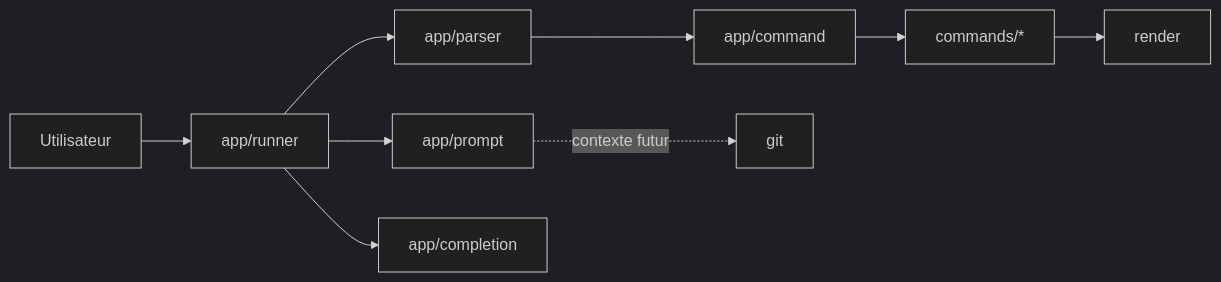
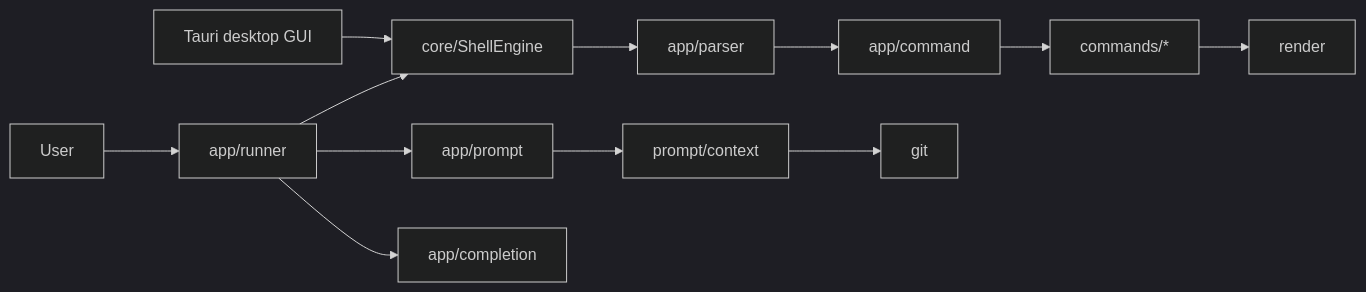
Before and after one commit to Blazorde/terminal_rust: the diagram in docs/architecture/overview.md, drawn with Mermaid (dark theme). The commit also changed other lines of this file and 158 other files, not shown here.

````diff
--- a/docs/architecture/overview.md
+++ b/docs/architecture/overview.md
@@ -9,11 +9,14 @@
 ```mermaid
 flowchart LR
-    User[Utilisateur] --> Runner[app/runner]
-    Runner --> Parser[app/parser]
+    User[User] --> Runner[app/runner]
+    Runner --> Engine[core/ShellEngine]
+    GUI[Tauri desktop GUI] --> Engine
+    Engine --> Parser[app/parser]
     Parser --> Dispatcher[app/command]
     Dispatcher --> Commands[commands/*]
     Commands --> Render[render]
     Runner --> Prompt[app/prompt]
-    Prompt -. contexte futur .-> Git[git]
+    Prompt --> Context[prompt/context]
+    Context --> Git[git]
     Runner --> Completion[app/completion]
 ```
````
